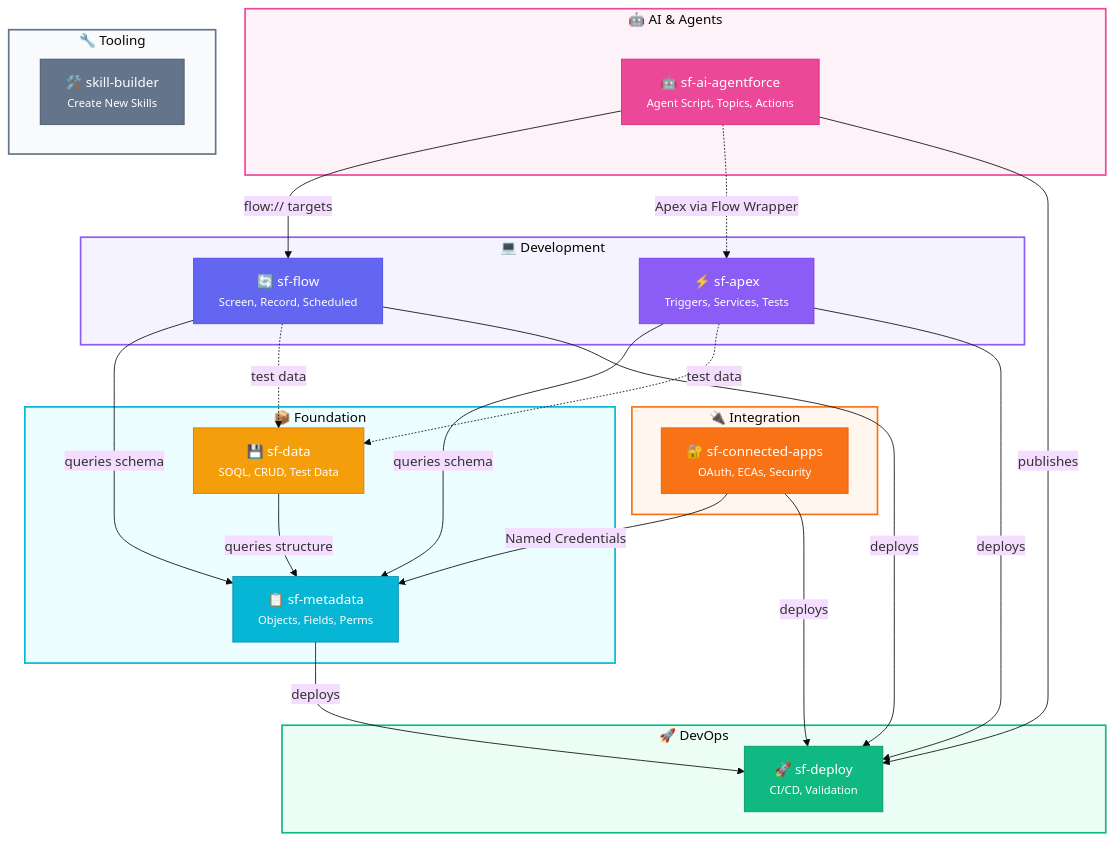
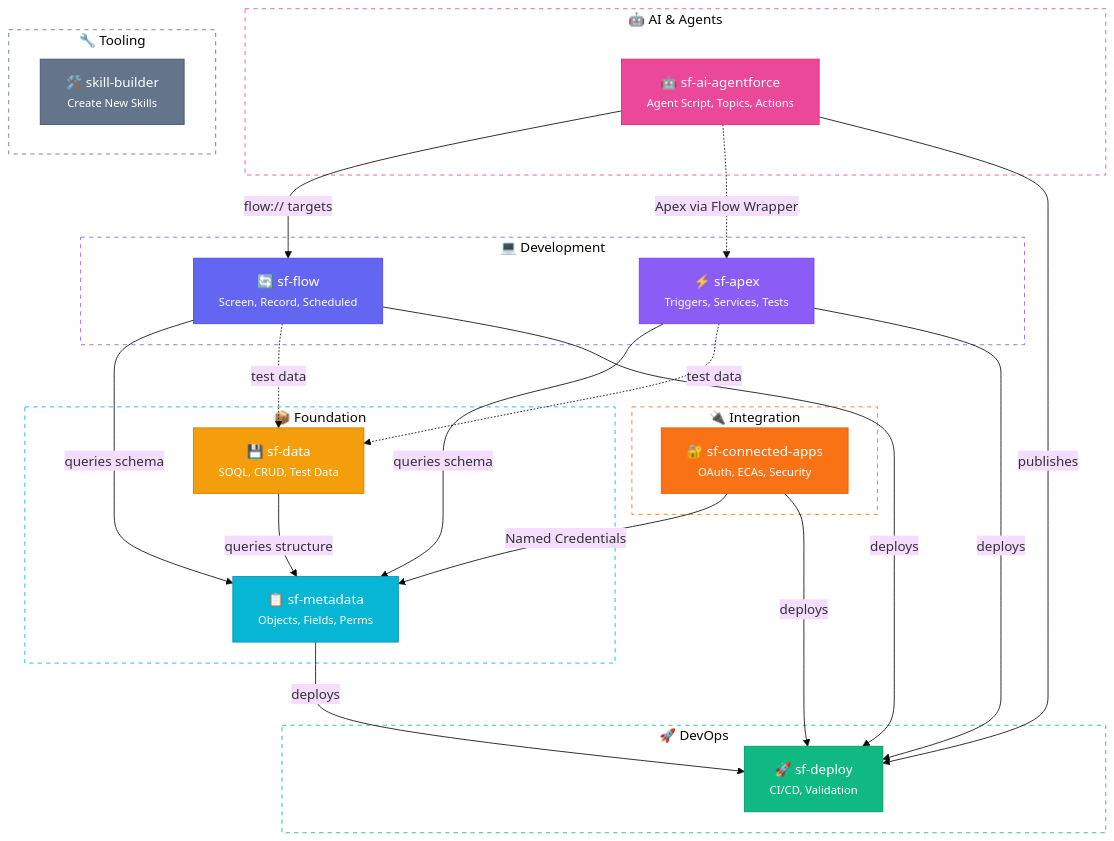
Before and after one commit to not2technical/sf-skills: the diagram in README.md, drawn with Mermaid (base theme).

Commit message:
1 docs: Use transparent backgrounds for mermaid subgraphs    2    3 Changed subgraph styling from light colored fills to transparent    4 backgrounds with dashed borders for a cleaner look:    5    6 - fill:transparent instead of fill:#fdf2f8, etc.    7 - stroke-dasharray:5 for dashed border style    8 - Keeps colored strokes to distinguish categories    9   10 This matches the previous styling preference.

````diff
--- a/README.md
+++ b/README.md
@@ -78,68 +78,68 @@
 ```mermaid
 flowchart TB
     subgraph ai["🤖 AI & Agents"]
         agentforce["🤖 sf-ai-agentforce<br/><small>Agent Script, Topics, Actions</small>"]
     end
 
     subgraph integration["🔌 Integration"]
         connectedapps["🔐 sf-connected-apps<br/><small>OAuth, ECAs, Security</small>"]
     end
 
     subgraph development["💻 Development"]
         apex["⚡ sf-apex<br/><small>Triggers, Services, Tests</small>"]
         flow["🔄 sf-flow<br/><small>Screen, Record, Scheduled</small>"]
     end
 
     subgraph foundation["📦 Foundation"]
         metadata["📋 sf-metadata<br/><small>Objects, Fields, Perms</small>"]
         data["💾 sf-data<br/><small>SOQL, CRUD, Test Data</small>"]
     end
 
     subgraph devops["🚀 DevOps"]
         deploy["🚀 sf-deploy<br/><small>CI/CD, Validation</small>"]
     end
 
     subgraph tooling["🔧 Tooling"]
         skillbuilder["🛠️ skill-builder<br/><small>Create New Skills</small>"]
     end
 
     %% AI relationships
     agentforce -->|"flow:// targets"| flow
     agentforce -.->|"Apex via Flow Wrapper"| apex
 
     %% Integration relationships
     connectedapps -->|"Named Credentials"| metadata
     connectedapps -->|"deploys"| deploy
 
     %% Development relationships
     apex -->|"queries schema"| metadata
     flow -->|"queries schema"| metadata
     apex -.->|"test data"| data
     flow -.->|"test data"| data
 
     %% Foundation relationships
     data -->|"queries structure"| metadata
 
     %% Deployment relationships
     apex -->|"deploys"| deploy
     flow -->|"deploys"| deploy
     metadata -->|"deploys"| deploy
     agentforce -->|"publishes"| deploy
 
     %% Styling
     style agentforce fill:#ec4899,stroke:#db2777,color:#fff
     style connectedapps fill:#f97316,stroke:#ea580c,color:#fff
     style apex fill:#8b5cf6,stroke:#7c3aed,color:#fff
     style flow fill:#6366f1,stroke:#4f46e5,color:#fff
     style metadata fill:#06b6d4,stroke:#0891b2,color:#fff
     style data fill:#f59e0b,stroke:#d97706,color:#fff
     style deploy fill:#10b981,stroke:#059669,color:#fff
     style skillbuilder fill:#64748b,stroke:#475569,color:#fff
 
-    style ai fill:#fdf2f8,stroke:#ec4899,stroke-width:2px
-    style integration fill:#fff7ed,stroke:#f97316,stroke-width:2px
-    style development fill:#f5f3ff,stroke:#8b5cf6,stroke-width:2px
-    style foundation fill:#ecfeff,stroke:#06b6d4,stroke-width:2px
-    style devops fill:#ecfdf5,stroke:#10b981,stroke-width:2px
-    style tooling fill:#f8fafc,stroke:#64748b,stroke-width:2px
+    style ai fill:transparent,stroke:#ec4899,stroke-dasharray:5
+    style integration fill:transparent,stroke:#f97316,stroke-dasharray:5
+    style development fill:transparent,stroke:#8b5cf6,stroke-dasharray:5
+    style foundation fill:transparent,stroke:#06b6d4,stroke-dasharray:5
+    style devops fill:transparent,stroke:#10b981,stroke-dasharray:5
+    style tooling fill:transparent,stroke:#64748b,stroke-dasharray:5
 ```
````
